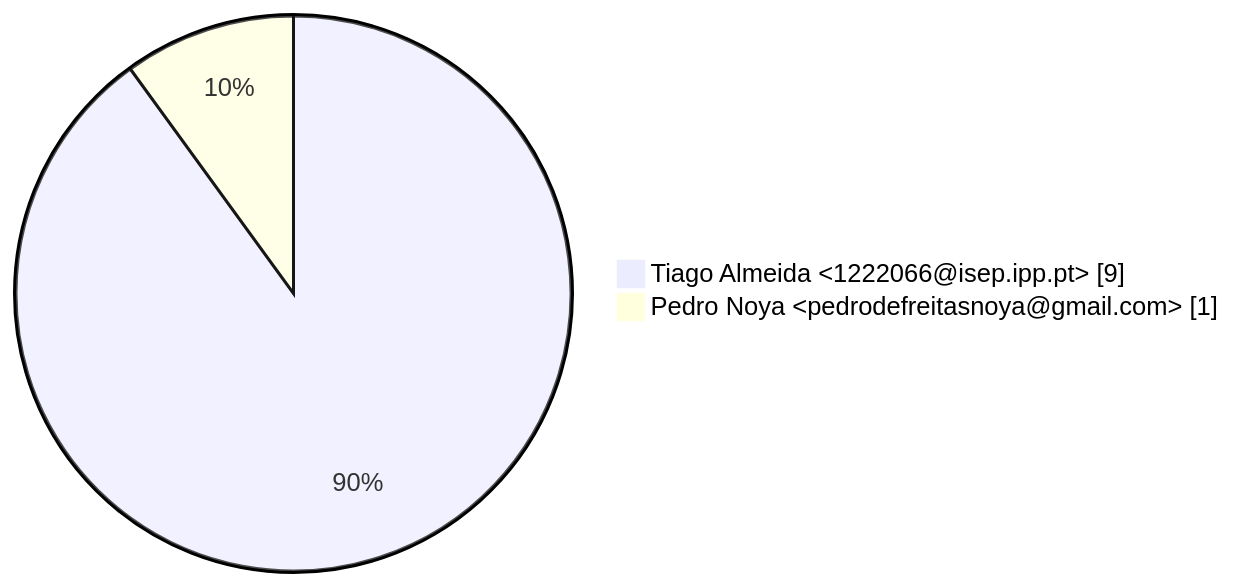
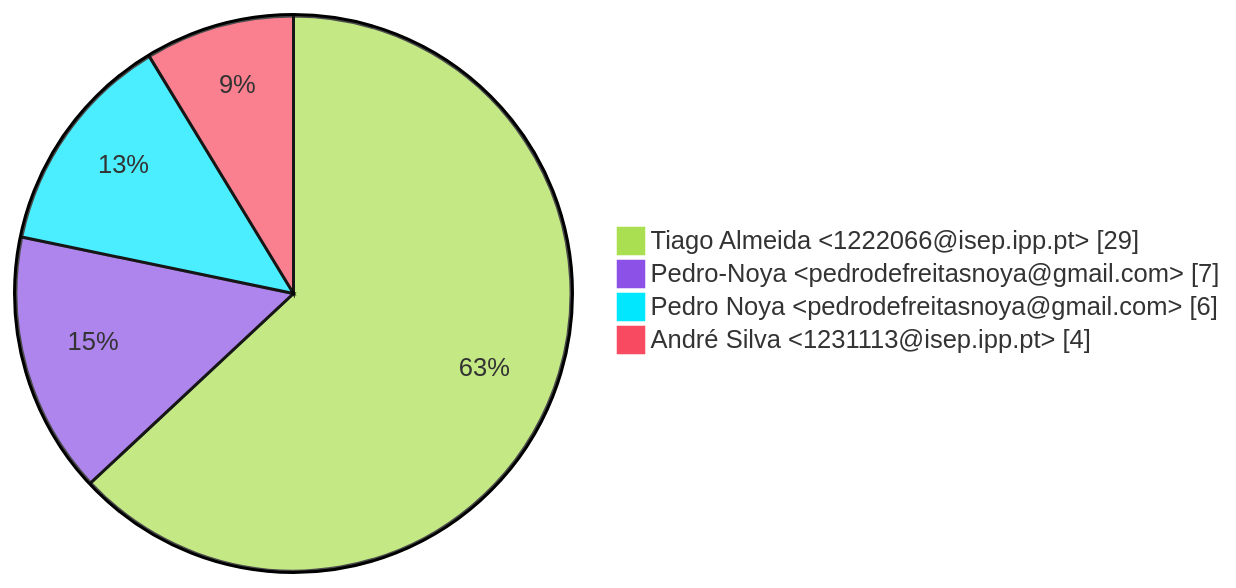
One commit to Pedro-Noya/LSIS1 changed the first of 3 diagrams in GitAnalysis/Sprint_2/Contributions.md. Above: the diagram before and after it, drawn with Mermaid. The commit also changed other lines of this file and 1 other file, not shown here.

````diff
--- a/GitAnalysis/Sprint_2/Contributions.md
+++ b/GitAnalysis/Sprint_2/Contributions.md
@@ -8,5 +10,8 @@
 ```mermaid
+%%{init: {'theme': 'base', 'themeVariables': { 'pie1': '#AADF51', 'pie2': '#8C51E6', 'pie3': '#00E7FE', 'pie4': '#F84B62', 'pie5': '#FFDE72', 'pie6': '#3060CF', 'pie7': '#59C9A5'}}}%%
 pie showData
-    " Tiago Almeida <1222066@isep.ipp.pt>" : 9
-    " Pedro Noya <pedrodefreitasnoya@gmail.com>" : 1
+    " Tiago Almeida <1222066@isep.ipp.pt>" : 29
+    " Pedro-Noya <pedrodefreitasnoya@gmail.com>" : 7
+    " Pedro Noya <pedrodefreitasnoya@gmail.com>" : 6
+    " André Silva <1231113@isep.ipp.pt>" : 4
 ```
````
